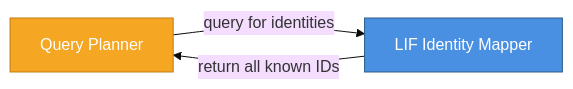
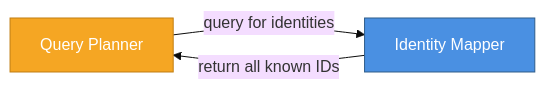
One commit to LIF-Initiative/lif-core changed the fourth of 16 diagrams in docs/lif_services_overview.md. Above: the diagram before and after it, drawn with Mermaid (base theme). The commit also changed other lines of this file, not shown here.

Commit message:
docs: update MDR Service diagram

````diff
--- a/docs/lif_services_overview.md
+++ b/docs/lif_services_overview.md
@@ -180,14 +180,14 @@
 ```mermaid
 graph LR
     QP[Query Planner]
-    IDMap[LIF Identity Mapper]
+    IDMap[Identity Mapper]
     
     QP -->|query for identities| IDMap
     IDMap -->|return all known IDs| QP
     
     classDef coreStyle fill:#4A90E2,stroke:#2E5C8A,color:#fff
     classDef infraStyle fill:#F5A623,stroke:#C17D11,color:#fff
     
     class IDMap coreStyle
     class QP infraStyle
 ```
````
